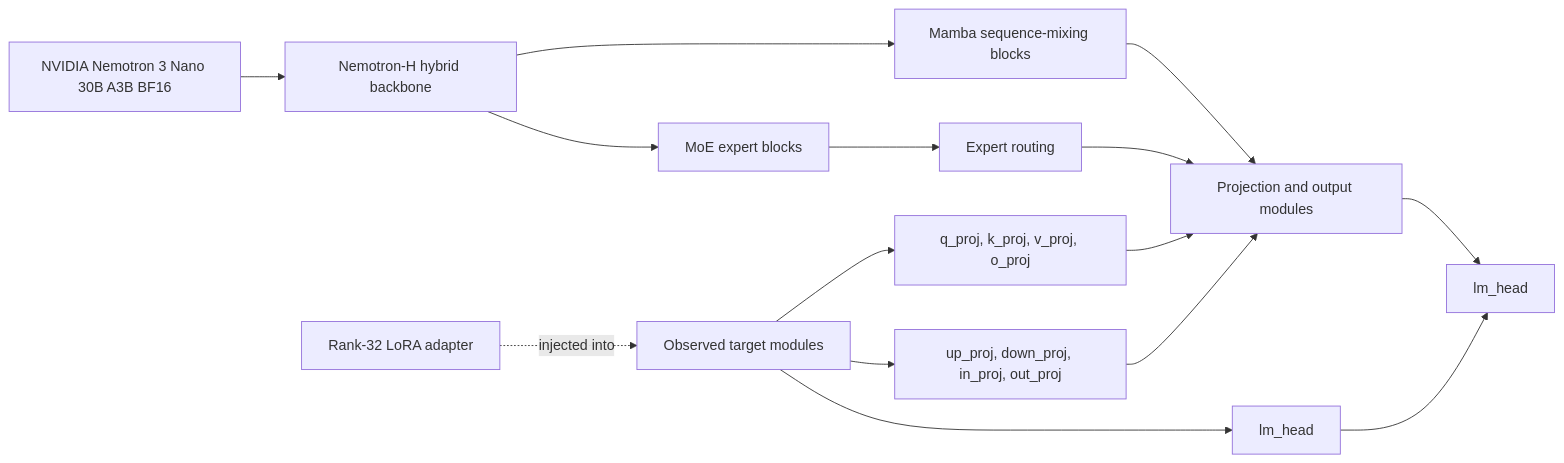
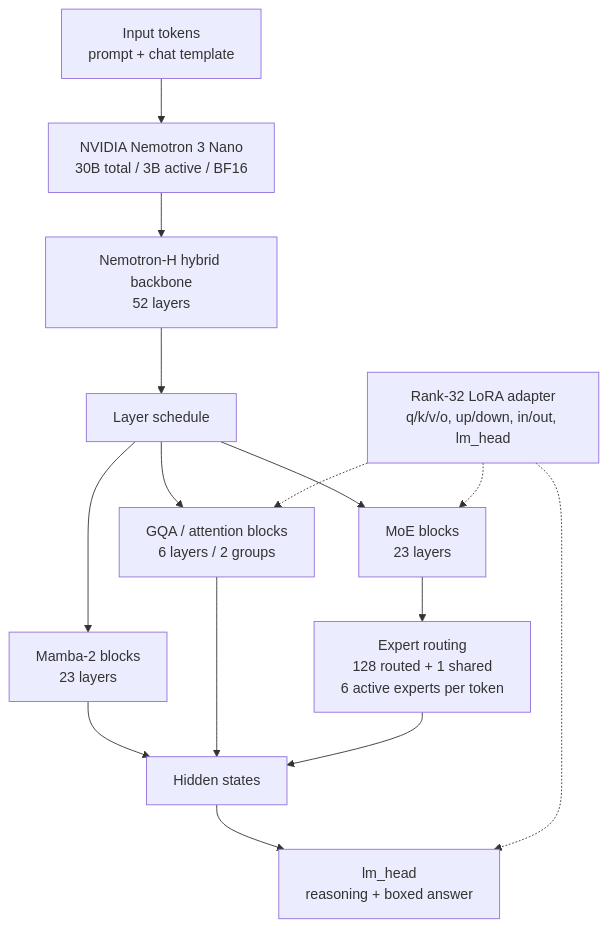
Before and after one commit to leegongman/nvidia-nemotron-reasoning: the second of 2 diagrams in docs/architecture.md, drawn with Mermaid. The commit also changed other lines of this file and 2 other files, not shown here.

Commit message:
docs: render Nemotron structure with Mermaid

````diff
--- a/docs/architecture.md
+++ b/docs/architecture.md
@@ -31,17 +29,17 @@
 ```mermaid
-flowchart LR
-    A[NVIDIA Nemotron 3 Nano 30B A3B BF16] --> B[Nemotron-H hybrid backbone]
-    B --> C[Mamba sequence-mixing blocks]
-    B --> D[MoE expert blocks]
-    D --> E[Expert routing]
-    C --> F[Projection and output modules]
-    E --> F
-    F --> G[lm_head]
-    H[Rank-32 LoRA adapter] -. injected into .-> I[Observed target modules]
-    I --> J[q_proj, k_proj, v_proj, o_proj]
-    I --> K[up_proj, down_proj, in_proj, out_proj]
-    I --> L[lm_head]
-    J --> F
-    K --> F
-    L --> G
+flowchart TD
+    A["Input tokens<br/>prompt + chat template"] --> B["NVIDIA Nemotron 3 Nano<br/>30B total / 3B active / BF16"]
+    B --> C["Nemotron-H hybrid backbone<br/>52 layers"]
+    C --> D["Layer schedule"]
+    D --> E["Mamba-2 blocks<br/>23 layers"]
+    D --> F["GQA / attention blocks<br/>6 layers / 2 groups"]
+    D --> G["MoE blocks<br/>23 layers"]
+    G --> H["Expert routing<br/>128 routed + 1 shared<br/>6 active experts per token"]
+    E --> I["Hidden states"]
+    F --> I
+    H --> I
+    I --> J["lm_head<br/>reasoning + boxed answer"]
+    K["Rank-32 LoRA adapter<br/>q/k/v/o, up/down, in/out, lm_head"] -.-> F
+    K -.-> G
+    K -.-> J
 ```
````
